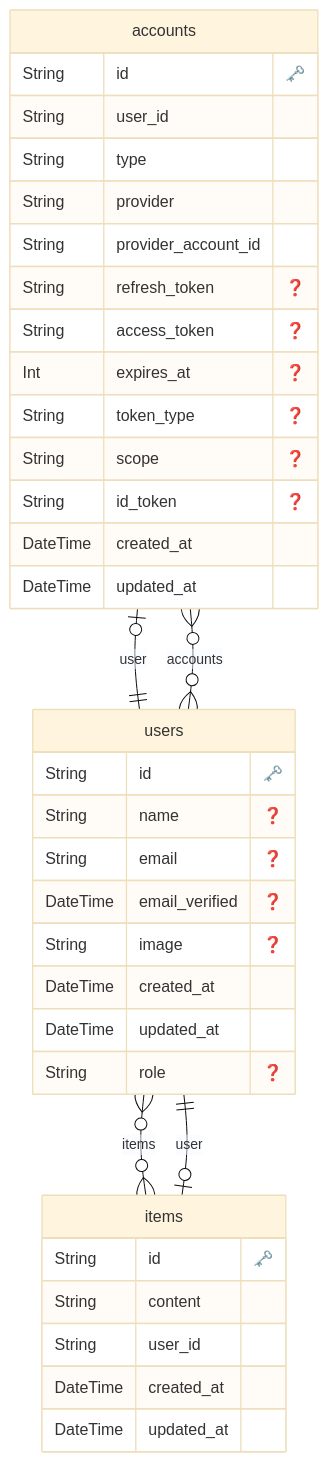
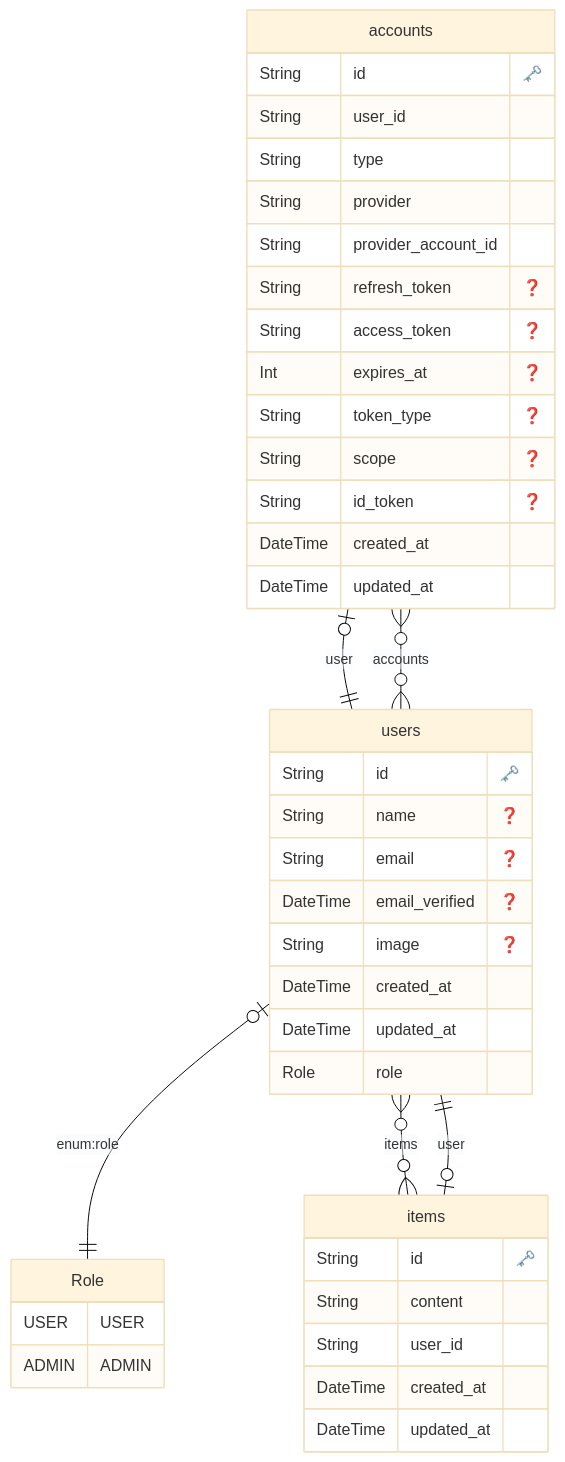
Before and after one commit to hiroppy/web-app-template: the diagram in prisma/ERD.md, drawn with Mermaid (base theme). The commit also changed 52 other files, not shown here.

````diff
--- a/prisma/ERD.md
+++ b/prisma/ERD.md
@@ -1,45 +1,51 @@
 ```mermaid
 erDiagram
+
+        Role {
+            USER USER
+ADMIN ADMIN
+        }
 
   "accounts" {
     String id "🗝️"
     String user_id
     String type
     String provider
     String provider_account_id
     String refresh_token "❓"
     String access_token "❓"
     Int expires_at "❓"
     String token_type "❓"
     String scope "❓"
     String id_token "❓"
     DateTime created_at
     DateTime updated_at
     }
 
 
   "users" {
     String id "🗝️"
     String name "❓"
     String email "❓"
     DateTime email_verified "❓"
     String image "❓"
     DateTime created_at
     DateTime updated_at
-    String role "❓"
+    Role role
     }
 
 
   "items" {
     String id "🗝️"
     String content
     String user_id
     DateTime created_at
     DateTime updated_at
     }
 
     "accounts" o|--|| "users" : "user"
     "users" o{--}o "accounts" : "accounts"
+    "users" o|--|| "Role" : "enum:role"
     "users" o{--}o "items" : "items"
     "items" o|--|| "users" : "user"
 ```
````
